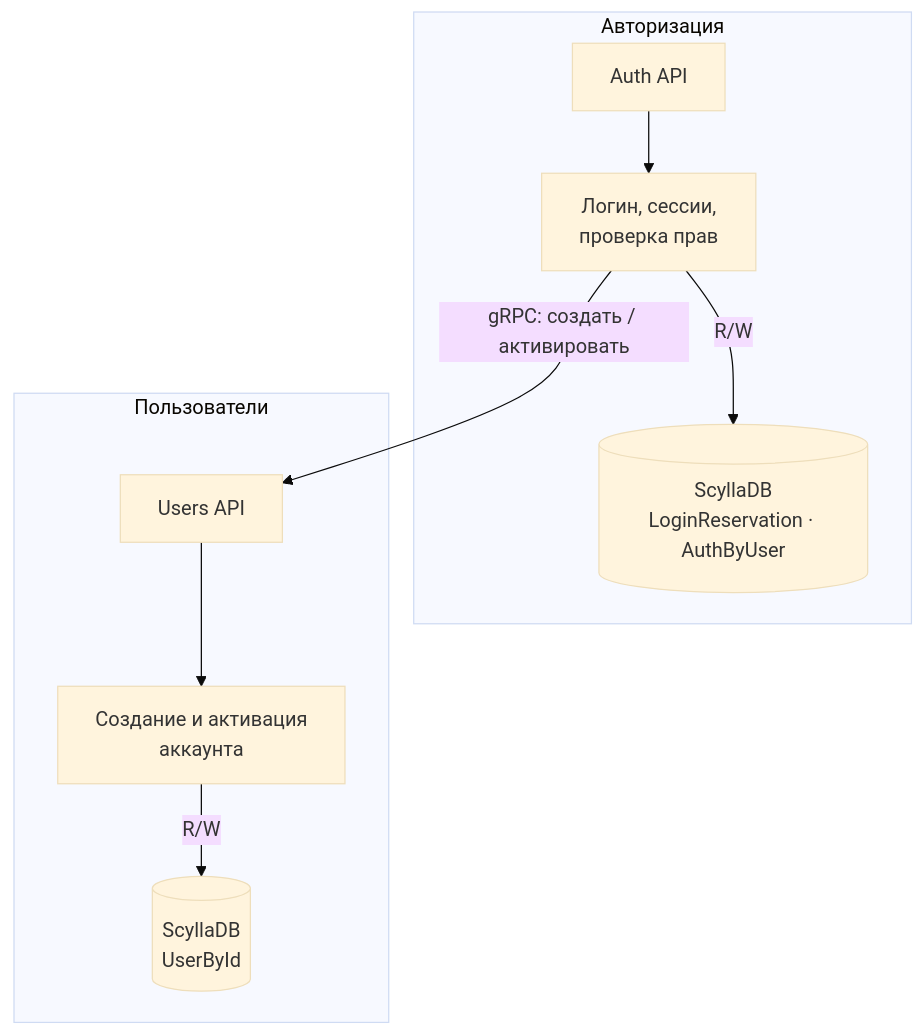
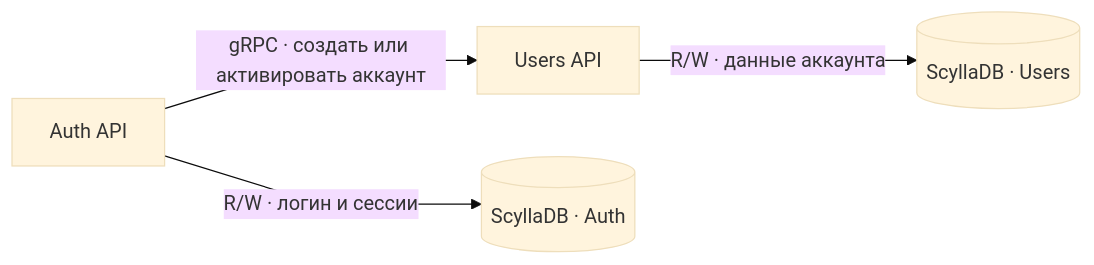
One commit to pavel-ladygin/highload_tp changed the eighth of 14 diagrams in README.md. Above: the diagram before and after it, drawn with Mermaid (base theme). The commit also changed other lines of this file, not shown here.

````diff
--- a/README.md
+++ b/README.md
@@ -852,16 +854,7 @@
 ```mermaid
-flowchart TB
-    subgraph AUTH["Авторизация"]
-        A["Auth API"]
-        AL["Логин, сессии,<br/>проверка прав"]
-        AD[("ScyllaDB<br/>LoginReservation · AuthByUser")]
-        A --> AL -->|"R/W"| AD
-    end
-    subgraph USERS["Пользователи"]
-        U["Users API"]
-        UL["Создание и активация<br/>аккаунта"]
-        UD[("ScyllaDB<br/>UserById")]
-        U --> UL -->|"R/W"| UD
-    end
-    AL -->|"gRPC: создать / активировать"| U
+%%{init: {"flowchart": {"curve": "linear"}}}%%
+flowchart LR
+    A["Auth API"] -->|"gRPC · создать или активировать аккаунт"| U["Users API"]
+    A -->|"R/W · логин и сессии"| AD[("ScyllaDB · Auth")]
+    U -->|"R/W · данные аккаунта"| UD[("ScyllaDB · Users")]
 ```
````
